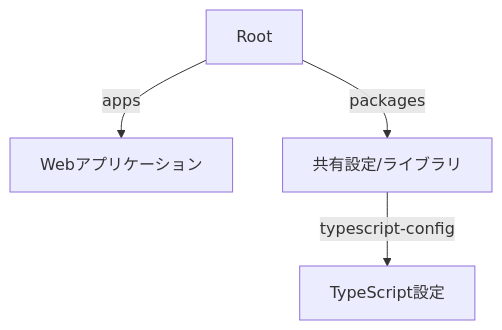
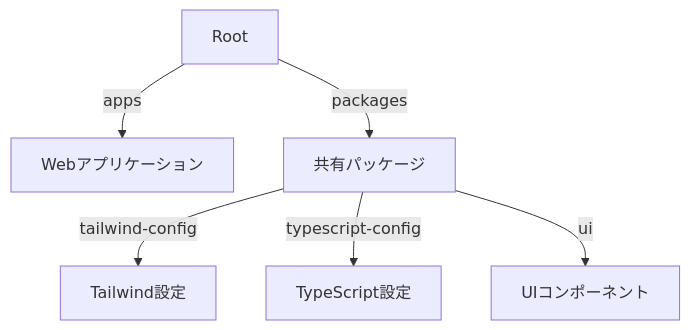
One commit to nothink-jp/suzumina.click changed the diagram in docs/PROJECT_ANALYSIS.md. Above: the diagram before and after it, drawn with Mermaid. The commit also changed 5 other files, not shown here.

````diff
--- a/docs/PROJECT_ANALYSIS.md
+++ b/docs/PROJECT_ANALYSIS.md
@@ -5,6 +5,8 @@
 ```mermaid
 graph TD
     A[Root] -->|apps| B[Webアプリケーション]
-    A -->|packages| D[共有設定/ライブラリ]
-    D -->|typescript-config| E[TypeScript設定]
+    A -->|packages| P[共有パッケージ]
+    P -->|tailwind-config| TWC[Tailwind設定]
+    P -->|typescript-config| TSC[TypeScript設定]
+    P -->|ui| UI[UIコンポーネント]
 ```
````
